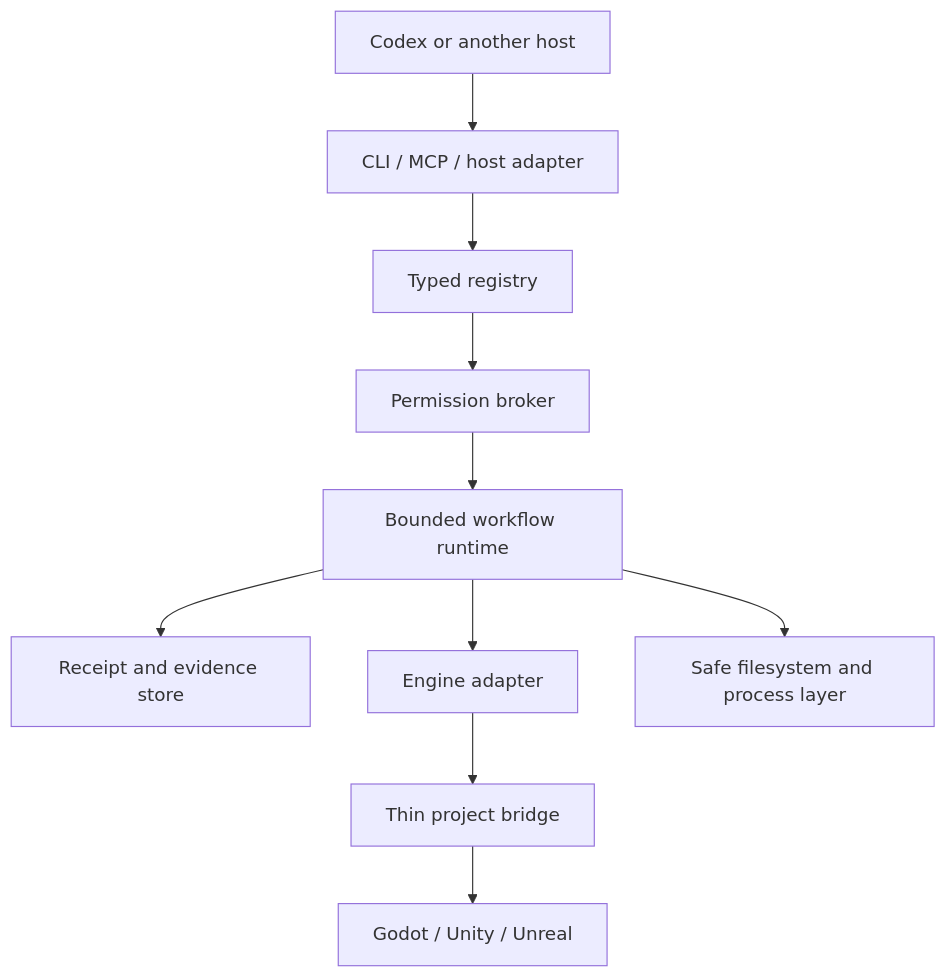
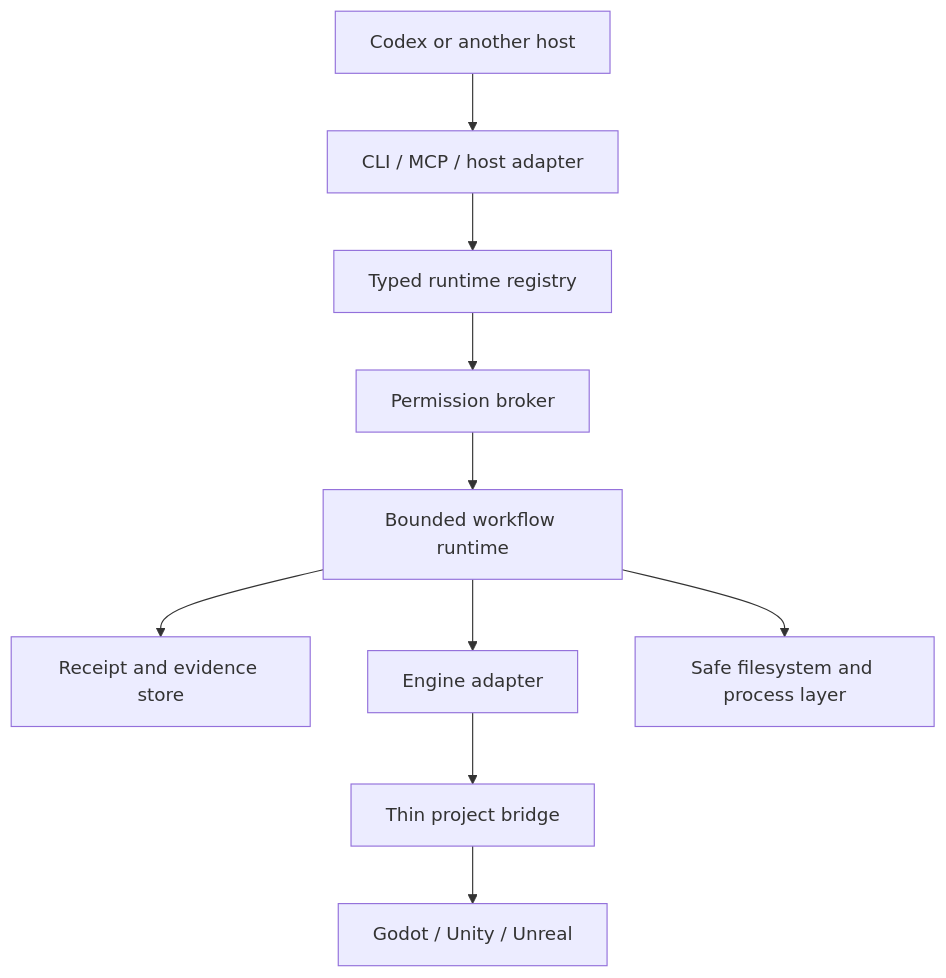
One commit to jukrap/ai-game-playbook changed the diagram in docs/architecture.md. Above: the diagram before and after it, drawn with Mermaid. The commit also changed other lines of this file and 44 other files, not shown here.

````diff
--- a/docs/architecture.md
+++ b/docs/architecture.md
@@ -11,12 +11,12 @@
 ```mermaid
 flowchart TD
     H[Codex or another host] --> S[CLI / MCP / host adapter]
-    S --> R[Typed registry]
+    S --> R[Typed runtime registry]
     R --> P[Permission broker]
     P --> W[Bounded workflow runtime]
     W --> E[Receipt and evidence store]
     W --> A[Engine adapter]
     A --> B[Thin project bridge]
     B --> G[Godot / Unity / Unreal]
     W --> F[Safe filesystem and process layer]
 ```
````
